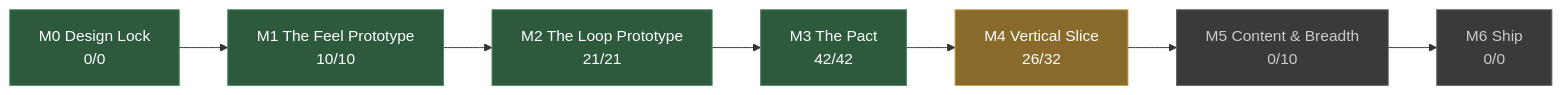
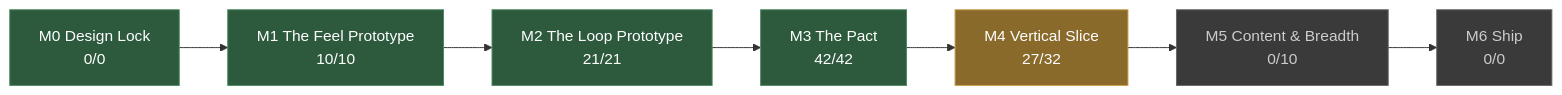
The diagram in docs/STATUS.md (JoshuaGessner/she), drawn with Mermaid before and after one commit. The commit also changed other lines of this file and 22 other files, not shown here.

````diff
--- a/docs/STATUS.md
+++ b/docs/STATUS.md
@@ -13,19 +13,19 @@
 ```mermaid
 flowchart LR
   M0["M0 Design Lock<br/>0/0"]:::passed
   M1["M1 The Feel Prototype<br/>10/10"]:::passed
   M0 --> M1
   M2["M2 The Loop Prototype<br/>21/21"]:::passed
   M1 --> M2
   M3["M3 The Pact<br/>42/42"]:::passed
   M2 --> M3
-  M4["M4 Vertical Slice<br/>26/32"]:::current
+  M4["M4 Vertical Slice<br/>27/32"]:::current
   M3 --> M4
   M5["M5 Content & Breadth<br/>0/10"]:::ahead
   M4 --> M5
   M6["M6 Ship<br/>0/0"]:::ahead
   M5 --> M6
   classDef passed fill:#2d5a3d,stroke:#4a8a5f,color:#fff
   classDef current fill:#8a6a2a,stroke:#c8a04a,color:#fff
   classDef ahead fill:#3a3a3a,stroke:#666,color:#ccc
 ```
````
